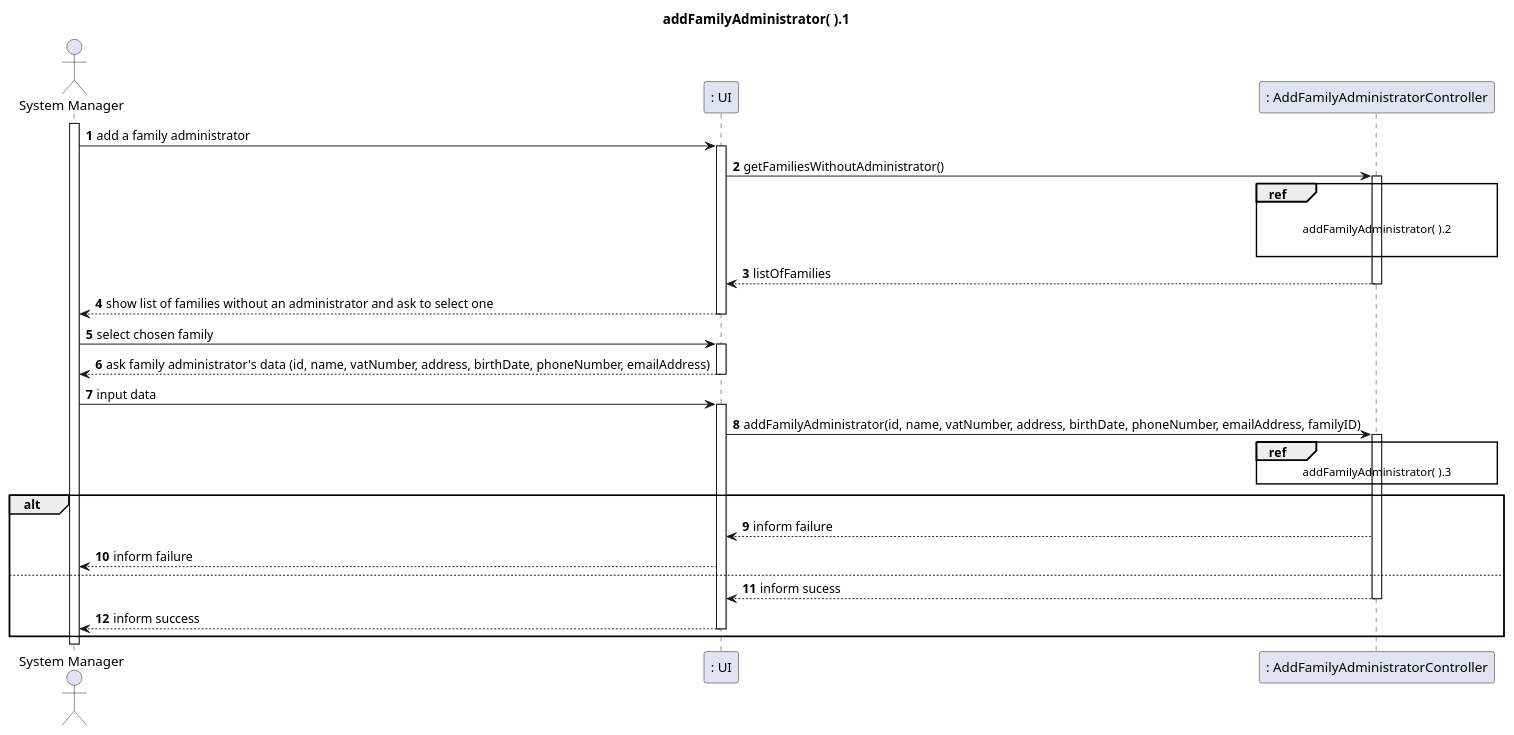
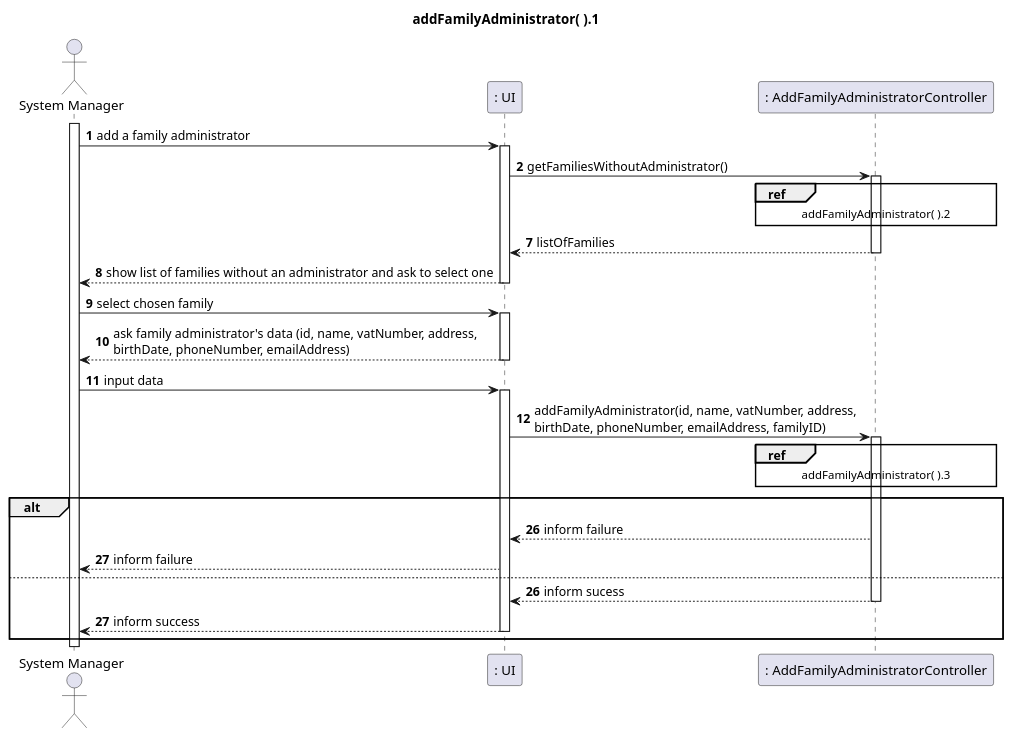
Before and after one commit to tomas-osswald/switch_2020_g3: the second of 5 diagrams in docs/US011_AddFamilyAdministrator.md, drawn with PlantUML. The commit also changed other lines of this file and 3 other files, not shown here.

Commit message:
AddFamilyAdministratorController method to create a family member that is an administrator. Update to sequence diagrams in documentation.

````diff
--- a/docs/US011_AddFamilyAdministrator.md
+++ b/docs/US011_AddFamilyAdministrator.md
@@ -61,53 +61,52 @@
 ```puml
 
 autonumber
 title addFamilyAdministrator( ).1
 actor "System Manager" as systemManager
 participant ": UI" as UI
 participant ": AddFamilyAdministratorController" as controller
 
 activate systemManager
 systemManager -> UI: add a family administrator
 activate UI
 UI -> controller: getFamiliesWithoutAdministrator()
 activate controller
 
 ref over controller
-
 addFamilyAdministrator( ).2
-
 end ref
 
+autonumber 7
 controller --> UI: listOfFamilies
 deactivate controller
 UI --> systemManager: show list of families without an administrator and ask to select one
 deactivate UI
 
 systemManager -> UI: select chosen family
 activate UI
-UI --> systemManager: ask family administrator's data (id, name, vatNumber, address, birthDate, phoneNumber, emailAddress)
+UI --> systemManager: ask family administrator's data (id, name, vatNumber, address, \nbirthDate, phoneNumber, emailAddress)
 deactivate UI
 
 systemManager -> UI: input data
 activate UI
-UI -> controller: addFamilyAdministrator(id, name, vatNumber, address, birthDate, phoneNumber, emailAddress, familyID)
+UI -> controller: addFamilyAdministrator(id, name, vatNumber, address, \nbirthDate, phoneNumber, emailAddress, familyID)
 activate controller
 
 ref over controller : addFamilyAdministrator( ).3
 
-
+autonumber 26
 alt 
 controller --> UI: inform failure
 UI --> systemManager: inform failure
 
 else 
 
-
+autonumber 26
 controller --> UI: inform sucess
 deactivate controller
 UI --> systemManager: inform success
 deactivate UI
 
 end
 
 ```
````
